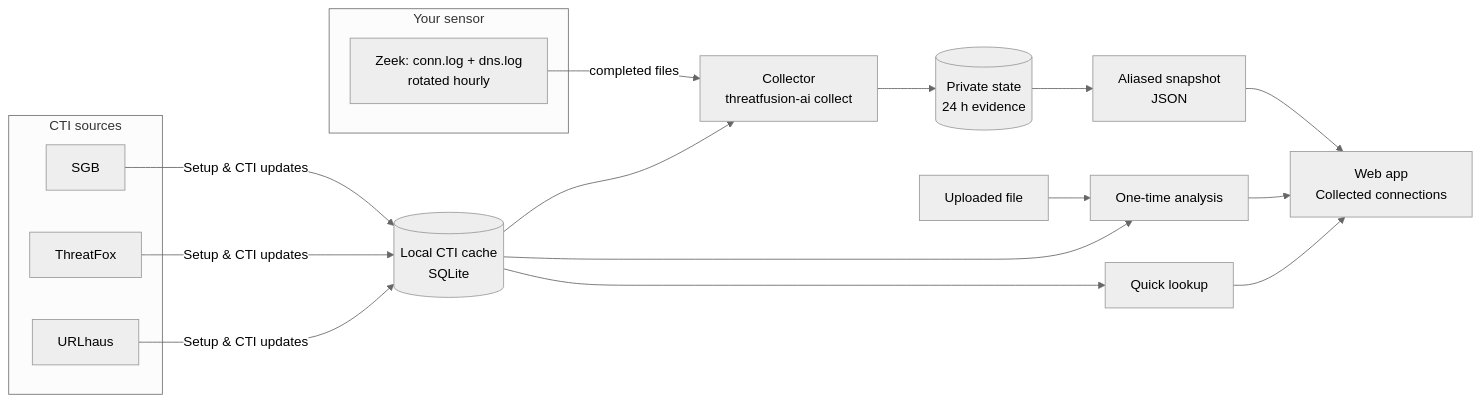
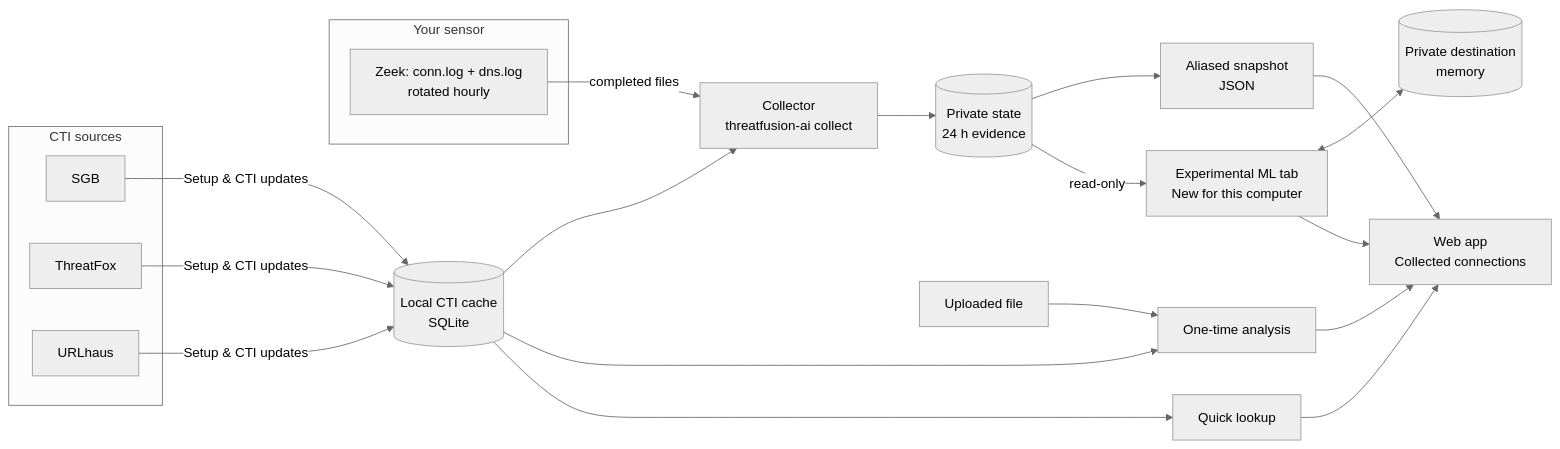
Before and after one commit to ConquestorYa/threatfusion-ai: the diagram in docs/ARCHITECTURE.md, drawn with Mermaid (neutral theme). The commit also changed other lines of this file and 24 other files, not shown here.

```diff
--- a/docs/ARCHITECTURE.md
+++ b/docs/ARCHITECTURE.md
@@ -10,20 +10,23 @@
 ~~~mermaid
 flowchart LR
     subgraph SENSOR["Your sensor"]
         ZEEK[Zeek: conn.log + dns.log<br/>rotated hourly]
     end
     subgraph CTI["CTI sources"]
         SGB[SGB]
         TF[ThreatFox]
         UH[URLhaus]
     end
     SGB & TF & UH -->|Setup & CTI updates| CACHE[(Local CTI cache<br/>SQLite)]
     ZEEK -->|completed files| COLLECTOR[Collector<br/>threatfusion-ai collect]
     CACHE --> COLLECTOR
     COLLECTOR --> STATE[(Private state<br/>24 h evidence)]
     STATE --> SNAPSHOT[Aliased snapshot<br/>JSON]
     SNAPSHOT --> UI[Web app<br/>Collected connections]
+    STATE -->|read-only| ML[Experimental ML tab<br/>New for this computer]
+    ML <--> MEMORY[(Private destination<br/>memory)]
+    ML --> UI
     UPLOAD[Uploaded file] --> ANALYSIS[One-time analysis] --> UI
     CACHE --> ANALYSIS
     CACHE --> LOOKUP[Quick lookup] --> UI
 ~~~
```
